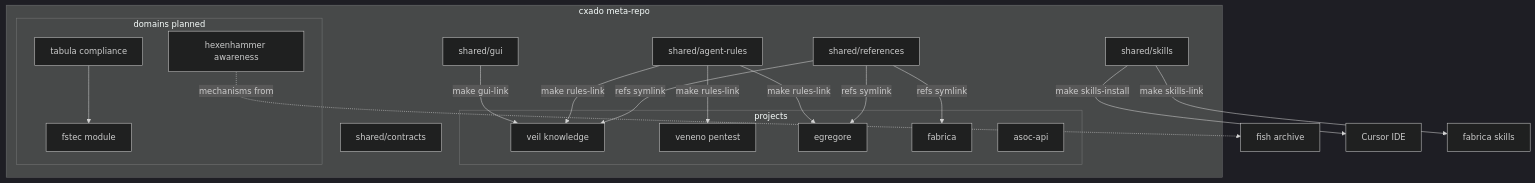
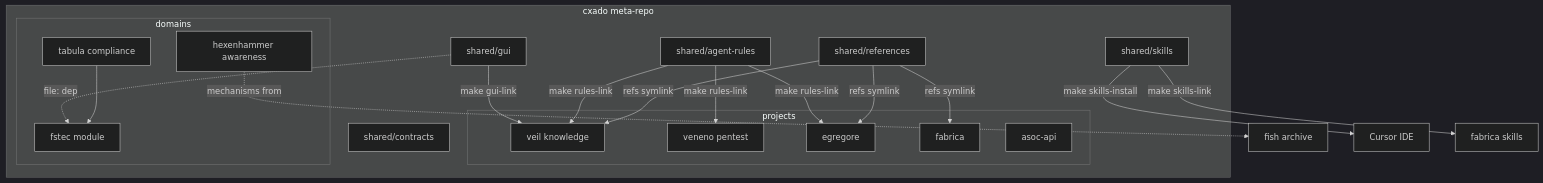
The first of 4 diagrams in docs/ecosystem-map.md (butbeautifulv/cxado), drawn with Mermaid (dark theme) before and after one commit. The commit also changed other lines of this file and 11 other files, not shown here.

First line of the commit message:
Add Tabula submodule, ADR docs, and fstec GUI hub wiring.

````diff
--- a/docs/ecosystem-map.md
+++ b/docs/ecosystem-map.md
@@ -5,35 +5,36 @@
 ```mermaid
 flowchart TB
   subgraph cxado [cxado meta-repo]
     RULES[shared/agent-rules]
     SKILLS[shared/skills]
     REFS[shared/references]
     CTR[shared/contracts]
     GUI[shared/gui]
     subgraph projects [projects]
       VEIL[veil knowledge]
       VENENO[veneno pentest]
       AGI[egregore]
       CICD[fabrica]
       ASOC[asoc-api]
     end
-    subgraph domains_planned [domains planned]
+    subgraph domains [domains]
       TABULA[tabula compliance]
       FSTEC[fstec module]
       HEX[hexenhammer awareness]
     end
   end
 
   GUI -->|make gui-link| VEIL
+  GUI -.->|file: dep| FSTEC
   TABULA --> FSTEC
   HEX -.->|mechanisms from| FISH[fish archive]
 
   RULES -->|make rules-link| VEIL
   RULES -->|make rules-link| VENENO
   RULES -->|make rules-link| AGI
   SKILLS -->|make skills-install| CURSOR[Cursor IDE]
   SKILLS -->|make skills-link| FAB[fabrica skills]
   REFS -->|refs symlink| VEIL
   REFS -->|refs symlink| CICD
   REFS -->|refs symlink| AGI
 ```
````
